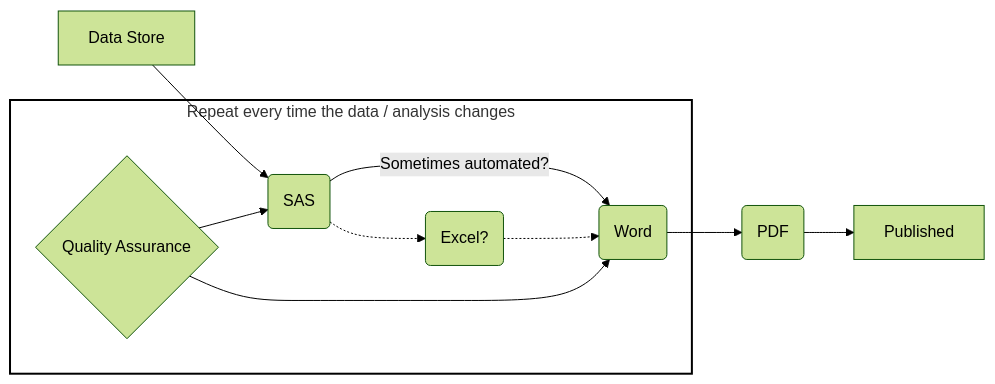
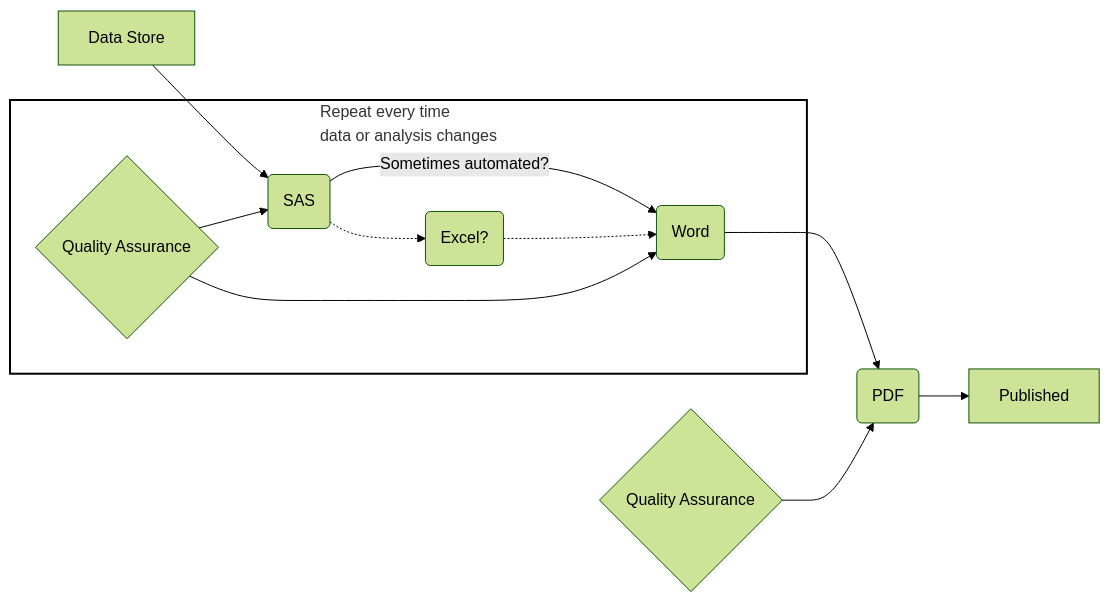
Before and after one commit to pws3141/nhsbt_rap_talk: the diagram in index.qmd, drawn with Mermaid (forest theme). The commit also changed other lines of this file and 10 other files, not shown here.

````diff
--- a/index.qmd
+++ b/index.qmd
@@ -204,19 +203,20 @@
 ```{mermaid}
 flowchart LR
   A[Data Store] --> B(SAS)
   B --> |Sometimes automated?| C(Word)
   B -.-> D(Excel?) -.-> C
   C --> E(PDF)
   F{Quality Assurance} --> B 
   F --> C
+  H{Quality Assurance} --> E
   E --> G[Published]
 
-  subgraph Loop["Repeat every time the data / analysis changes"]
+  subgraph Loop["Repeat every time <br> data or analysis changes"]
     B
     C
     D
     F
   end
   
   style Loop fill:none,stroke:#000,stroke-width:2px;
 ```
````
